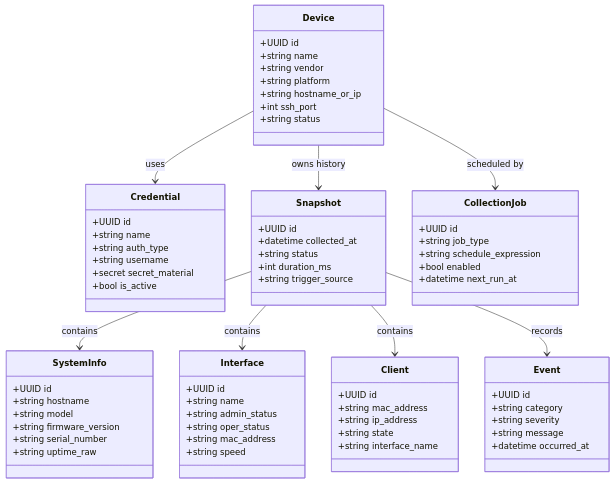
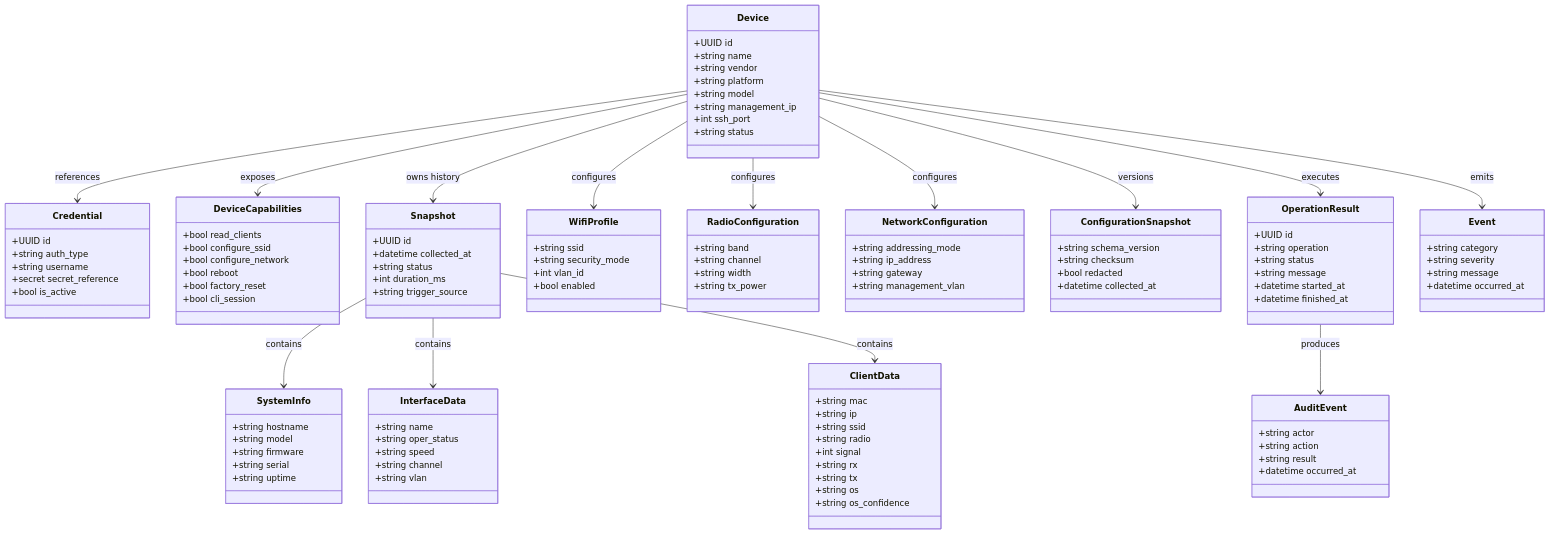
One commit to taboaneiros/OpenNetManager changed the first of 3 diagrams in docs/domain_model.md. Above: the diagram before and after it, drawn with Mermaid. The commit also changed other lines of this file, not shown here.

First line of the commit message:
Enhance domain model documentation for OpenNetManager

````diff
--- a/docs/domain_model.md
+++ b/docs/domain_model.md
@@ -145,18 +493,27 @@
         +string name
         +string vendor
         +string platform
-        +string hostname_or_ip
+        +string model
+        +string management_ip
         +int ssh_port
         +string status
     }
 
     class Credential {
         +UUID id
-        +string name
         +string auth_type
         +string username
-        +secret secret_material
+        +secret secret_reference
         +bool is_active
+    }
+
+    class DeviceCapabilities {
+        +bool read_clients
+        +bool configure_ssid
+        +bool configure_network
+        +bool reboot
+        +bool factory_reset
+        +bool cli_session
     }
 
     class Snapshot {
@@ -168,52 +525,95 @@
     }
 
     class SystemInfo {
-        +UUID id
         +string hostname
         +string model
-        +string firmware_version
-        +string serial_number
-        +string uptime_raw
+        +string firmware
+        +string serial
+        +string uptime
     }
 
-    class Interface {
-        +UUID id
+    class InterfaceData {
         +string name
-        +string admin_status
         +string oper_status
-        +string mac_address
         +string speed
+        +string channel
+        +string vlan
     }
 
-    class Client {
+    class WifiProfile {
+        +string ssid
+        +string security_mode
+        +int vlan_id
+        +bool enabled
+    }
+
+    class RadioConfiguration {
+        +string band
+        +string channel
+        +string width
+        +string tx_power
+    }
+
+    class NetworkConfiguration {
+        +string addressing_mode
+        +string ip_address
+        +string gateway
+        +string management_vlan
+    }
+
+    class ClientData {
+        +string mac
+        +string ip
+        +string ssid
+        +string radio
+        +int signal
+        +string rx
+        +string tx
+        +string os
+        +string os_confidence
+    }
+
+    class ConfigurationSnapshot {
+        +string schema_version
+        +string checksum
+        +bool redacted
+        +datetime collected_at
+    }
+
+    class OperationResult {
         +UUID id
-        +string mac_address
-        +string ip_address
-        +string state
-        +string interface_name
+        +string operation
+        +string status
+        +string message
+        +datetime started_at
+        +datetime finished_at
     }
 
     class Event {
-        +UUID id
         +string category
         +string severity
         +string message
         +datetime occurred_at
     }
 
-    class CollectionJob {
-        +UUID id
-        +string job_type
-        +string schedule_expression
-        +bool enabled
-        +datetime next_run_at
+    class AuditEvent {
+        +string actor
+        +string action
+        +string result
+        +datetime occurred_at
     }
 
-    Device --> Credential : uses
+    Device --> Credential : references
+    Device --> DeviceCapabilities : exposes
     Device --> Snapshot : owns history
     Snapshot --> SystemInfo : contains
-    Snapshot --> Interface : contains
-    Snapshot --> Client : contains
-    Snapshot --> Event : records
-    Device --> CollectionJob : scheduled by
+    Snapshot --> InterfaceData : contains
+    Snapshot --> ClientData : contains
+    Device --> WifiProfile : configures
+    Device --> RadioConfiguration : configures
+    Device --> NetworkConfiguration : configures
+    Device --> ConfigurationSnapshot : versions
+    Device --> OperationResult : executes
+    Device --> Event : emits
+    OperationResult --> AuditEvent : produces
 ```
````
